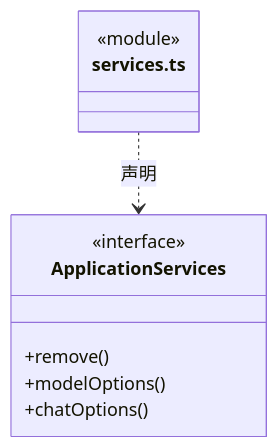
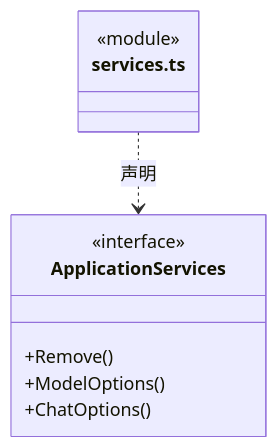
One commit to nan023062/cbim changed diagram 14 of 22 in src/bridge/server/ipc/ARCHITECTURE.md. Above: the diagram before and after it, drawn with Mermaid. The commit also changed other lines of this file and 1035 other files, not shown here.

````diff
--- a/src/bridge/server/ipc/ARCHITECTURE.md
+++ b/src/bridge/server/ipc/ARCHITECTURE.md
@@ -235,13 +235,13 @@
 ```mermaid
 classDiagram
 class N_src_bridge_server_ipc_services_ts["services.ts"] {
   <<module>>
 }
 class N_src_bridge_server_ipc_services_ts_ApplicationServices["ApplicationServices"] {
   <<interface>>
-  +remove()
-  +modelOptions()
-  +chatOptions()
+  +Remove()
+  +ModelOptions()
+  +ChatOptions()
 }
 N_src_bridge_server_ipc_services_ts ..> N_src_bridge_server_ipc_services_ts_ApplicationServices : 声明
 ```
````
